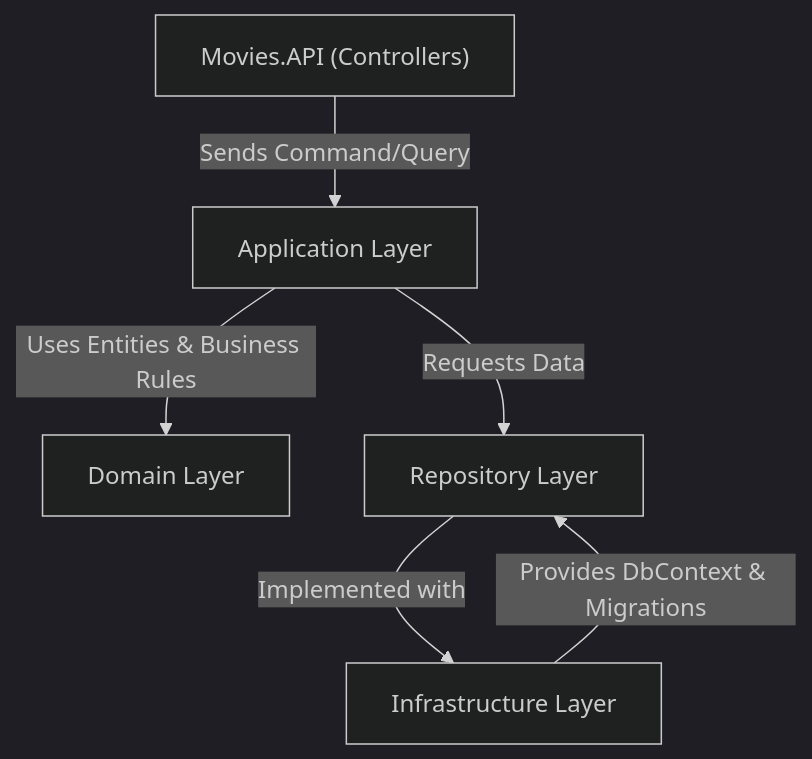
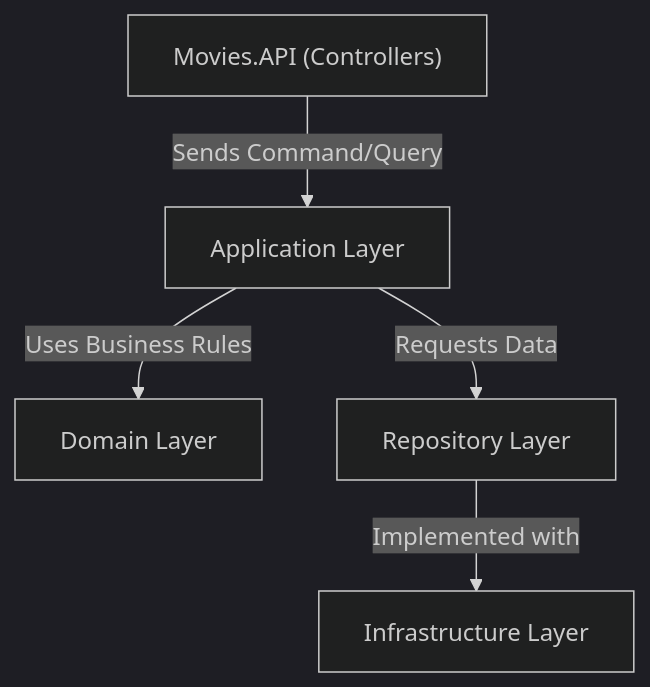
Before and after one commit to edwarsibrian/Movies.API: the diagram in README.md, drawn with Mermaid (dark theme). The commit also changed other lines of this file and 1 other file, not shown here.

````diff
--- a/README.md
+++ b/README.md
@@ -41,9 +40,7 @@
 ```mermaid
 graph TD
     A["Movies.API (Controllers)"] -->|Sends Command/Query| B["Application Layer"]
-    B -->|Uses Entities & Business Rules| C["Domain Layer"]
+    B -->|Uses Business Rules| C["Domain Layer"]
     B -->|Requests Data| D["Repository Layer"]
     D -->|Implemented with| E["Infrastructure Layer"]
-    E -->|Provides DbContext & Migrations| D
-
 ```
````
